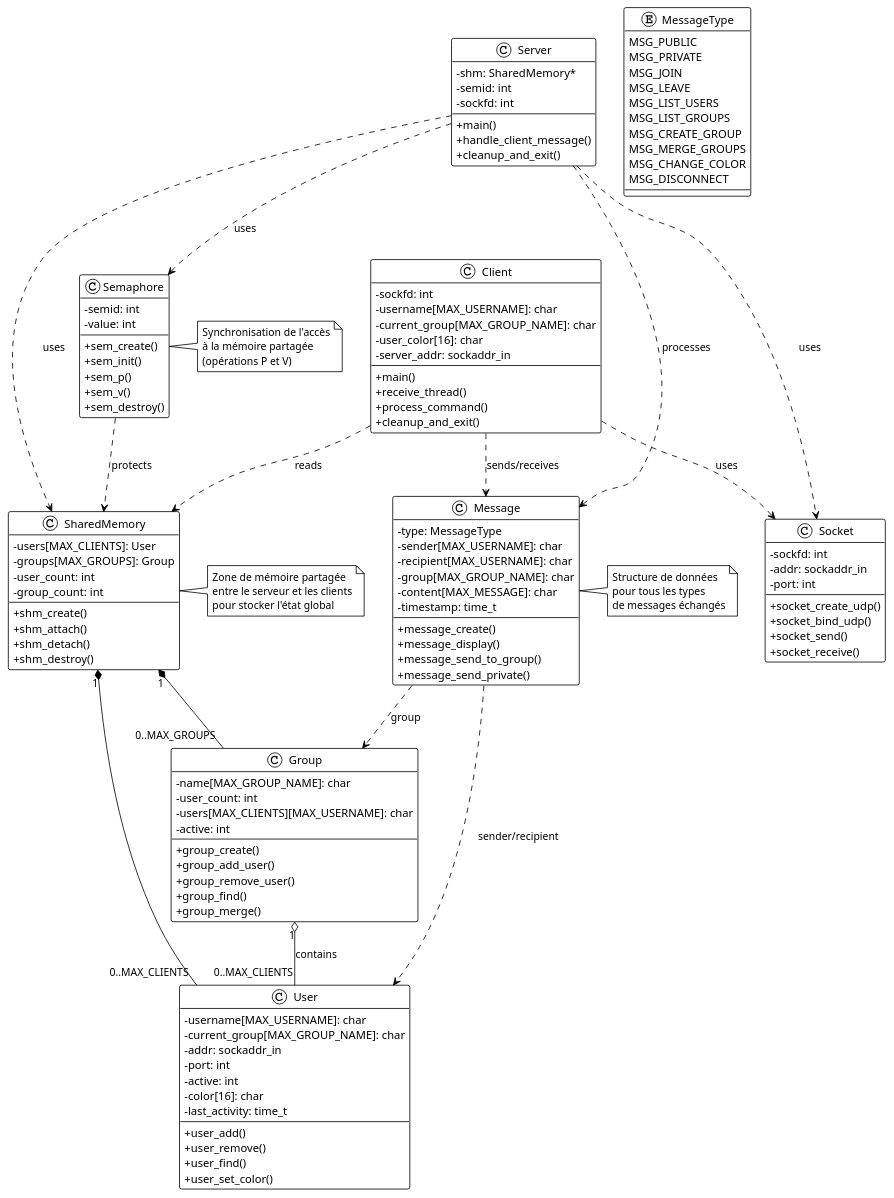
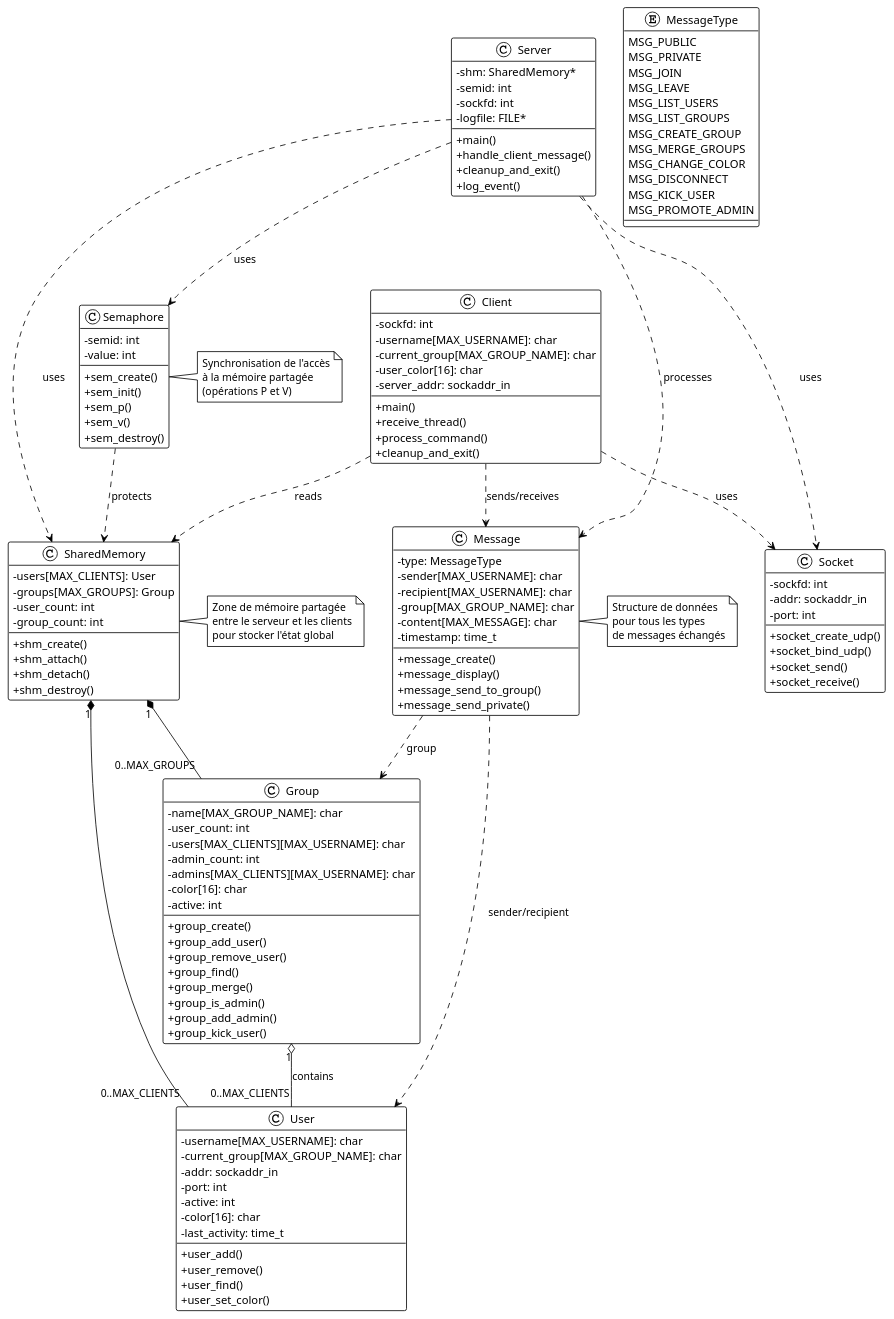
Before and after one commit to GuahBy/projetISY: the diagram in UML/uml_class.puml, drawn with PlantUML. The commit also changed 4 other files, not shown here.

First line of the commit message:
Mise à jour des diagrammes UML pour refléter les nouvelles fonctionnalités

```diff
--- a/UML/uml_class.puml
+++ b/UML/uml_class.puml
@@ -1,154 +1,164 @@
 @startuml class_diagram
 !theme plain
 
 skinparam classAttributeIconSize 0
 
 enum MessageType {
     MSG_PUBLIC
     MSG_PRIVATE
     MSG_JOIN
     MSG_LEAVE
     MSG_LIST_USERS
     MSG_LIST_GROUPS
     MSG_CREATE_GROUP
     MSG_MERGE_GROUPS
     MSG_CHANGE_COLOR
     MSG_DISCONNECT
+    MSG_KICK_USER
+    MSG_PROMOTE_ADMIN
 }
 
 class Message {
     - type: MessageType
     - sender[MAX_USERNAME]: char
     - recipient[MAX_USERNAME]: char
     - group[MAX_GROUP_NAME]: char
     - content[MAX_MESSAGE]: char
     - timestamp: time_t
     --
     + message_create()
     + message_display()
     + message_send_to_group()
     + message_send_private()
 }
 
 class User {
     - username[MAX_USERNAME]: char
     - current_group[MAX_GROUP_NAME]: char
     - addr: sockaddr_in
     - port: int
     - active: int
     - color[16]: char
     - last_activity: time_t
     --
     + user_add()
     + user_remove()
     + user_find()
     + user_set_color()
 }
 
 class Group {
     - name[MAX_GROUP_NAME]: char
     - user_count: int
     - users[MAX_CLIENTS][MAX_USERNAME]: char
+    - admin_count: int
+    - admins[MAX_CLIENTS][MAX_USERNAME]: char
+    - color[16]: char
     - active: int
     --
     + group_create()
     + group_add_user()
     + group_remove_user()
     + group_find()
     + group_merge()
+    + group_is_admin()
+    + group_add_admin()
+    + group_kick_user()
 }
 
 class SharedMemory {
     - users[MAX_CLIENTS]: User
     - groups[MAX_GROUPS]: Group
     - user_count: int
     - group_count: int
     --
     + shm_create()
     + shm_attach()
     + shm_detach()
     + shm_destroy()
 }
 
 class Semaphore {
     - semid: int
     - value: int
     --
     + sem_create()
     + sem_init()
     + sem_p()
     + sem_v()
     + sem_destroy()
 }
 
 class Socket {
     - sockfd: int
     - addr: sockaddr_in
     - port: int
     --
     + socket_create_udp()
     + socket_bind_udp()
     + socket_send()
     + socket_receive()
 }
 
 class Server {
     - shm: SharedMemory*
     - semid: int
     - sockfd: int
+    - logfile: FILE*
     --
     + main()
     + handle_client_message()
     + cleanup_and_exit()
+    + log_event()
 }
 
 class Client {
     - sockfd: int
     - username[MAX_USERNAME]: char
     - current_group[MAX_GROUP_NAME]: char
     - user_color[16]: char
     - server_addr: sockaddr_in
     --
     + main()
     + receive_thread()
     + process_command()
     + cleanup_and_exit()
 }
 
 SharedMemory "1" *-- "0..MAX_CLIENTS" User
 SharedMemory "1" *-- "0..MAX_GROUPS" Group
 Group "1" o-- "0..MAX_CLIENTS" User : contains
 
 Message ..> User : sender/recipient
 Message ..> Group : group
 
 Server ..> SharedMemory : uses
 Server ..> Semaphore : uses
 Server ..> Socket : uses
 Server ..> Message : processes
 
 Client ..> Socket : uses
 Client ..> Message : sends/receives
 Client ..> SharedMemory : reads
 
 Semaphore ..> SharedMemory : protects
 
 note right of SharedMemory
   Zone de mémoire partagée
   entre le serveur et les clients
   pour stocker l'état global
 end note
 
 note right of Semaphore
   Synchronisation de l'accès
   à la mémoire partagée
   (opérations P et V)
 end note
 
 note right of Message
   Structure de données
   pour tous les types
   de messages échangés
 end note
 
 @enduml
```
